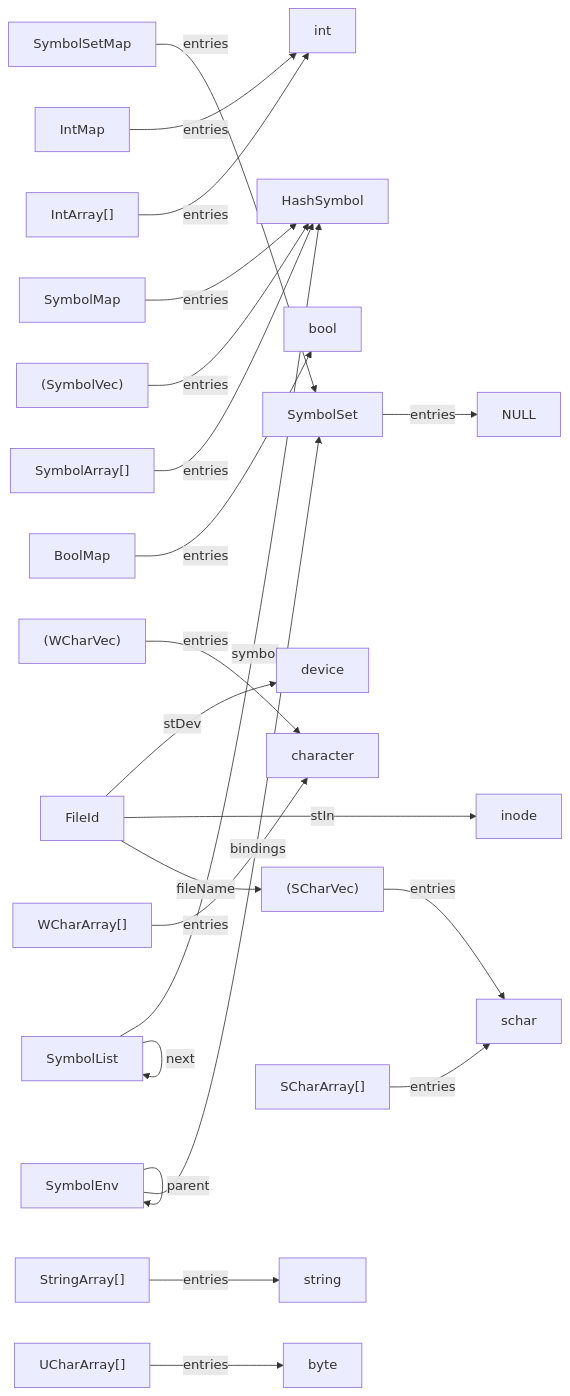
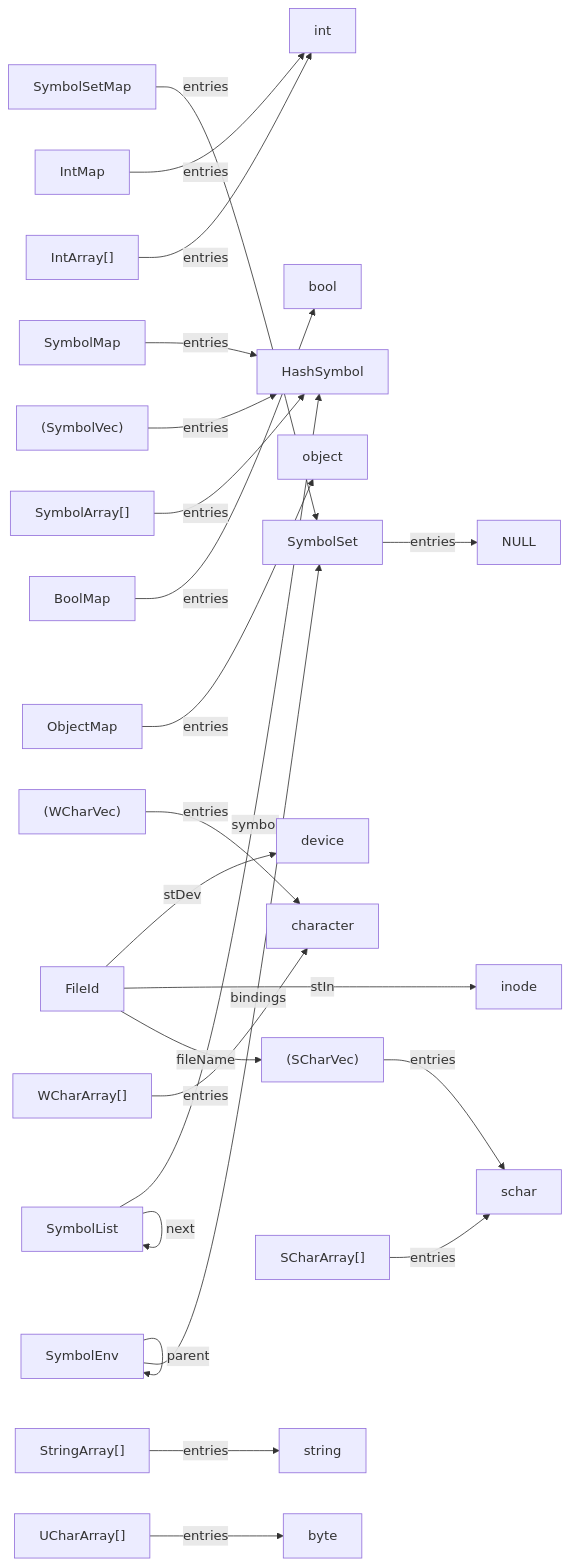
Before and after one commit to billhails/CEKF: the diagram in docs/generated/utils.md, drawn with Mermaid. The commit also changed 25 other files, not shown here.

````diff
--- a/docs/generated/utils.md
+++ b/docs/generated/utils.md
@@ -5,24 +5,25 @@
 ```mermaid
 flowchart LR
 SymbolSet --entries--> NULL
 IntMap --entries--> int
 SymbolMap --entries--> HashSymbol
 SymbolSetMap --entries--> SymbolSet
 BoolMap --entries--> bool
+ObjectMap --entries--> object
 FileId --stDev--> device
 FileId --stIno--> inode
 FileId --fileName--> SCharVec
 SymbolList --symbol--> HashSymbol
 SymbolList --next--> SymbolList
 SymbolEnv --parent--> SymbolEnv
 SymbolEnv --bindings--> SymbolSet
 SCharVec["(SCharVec)"] --entries--> schar
 WCharVec["(WCharVec)"] --entries--> character
 SymbolVec["(SymbolVec)"] --entries--> HashSymbol
 StringArray["StringArray[]"] --entries--> string
 WCharArray["WCharArray[]"] --entries--> character
 UCharArray["UCharArray[]"] --entries--> byte
 SCharArray["SCharArray[]"] --entries--> schar
 SymbolArray["SymbolArray[]"] --entries--> HashSymbol
 IntArray["IntArray[]"] --entries--> int
 ```
````
